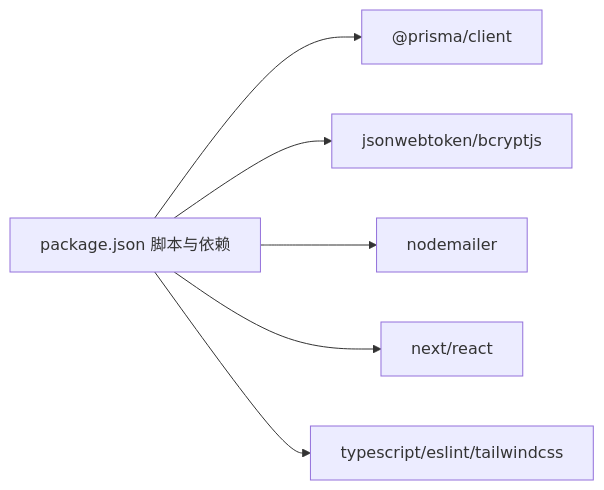
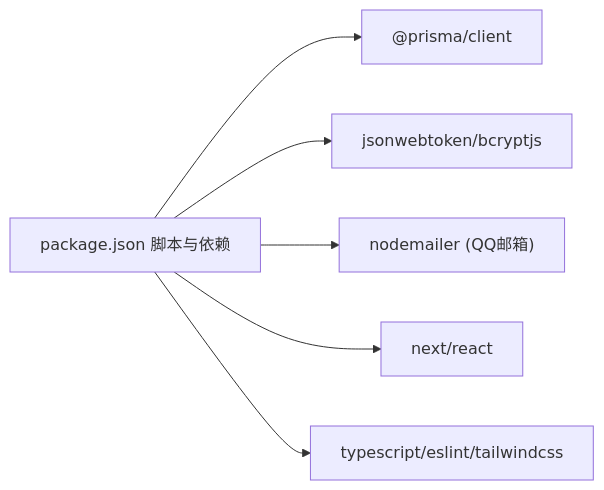
Before and after one commit to kangkang919/xinya: the third of 3 diagrams in .qoder/repowiki/zh/content/开发指南/开发环境搭建.md, drawn with Mermaid. The commit also changed other lines of this file and 27 other files, not shown here.

````diff
--- a/.qoder/repowiki/zh/content/开发指南/开发环境搭建.md
+++ b/.qoder/repowiki/zh/content/开发指南/开发环境搭建.md
@@ -221,8 +342,8 @@
 ```mermaid
 graph LR
 PKG["package.json 脚本与依赖"] --> PRISMA["@prisma/client"]
 PKG --> AUTH["jsonwebtoken/bcryptjs"]
-PKG --> MAILER["nodemailer"]
+PKG --> MAILER["nodemailer (QQ邮箱)"]
 PKG --> NEXT["next/react"]
 PKG --> DEV["typescript/eslint/tailwindcss"]
 ```
````
